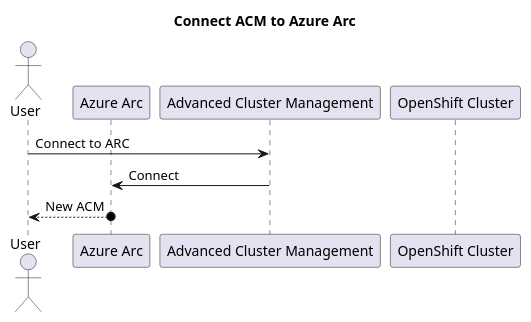
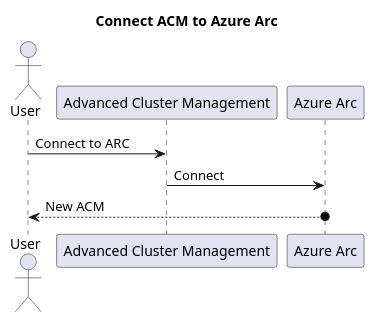
The first of 2 diagrams in summary.adoc (ygalblum/acm-azure-arc), drawn with PlantUML before and after one commit.

Commit message:
fix the first diagram

```diff
--- a/summary.adoc
+++ b/summary.adoc
@@ -13,14 +13,13 @@
-[plantuml, target=Connect, format=png]
+[plantuml, target=Connect, format=svg]
 ....
 @startuml
 actor User as User Order 1
-participant "Azure Arc" as ARC Order 2
-participant "Advanced Cluster Management" as ACM Order 3
-participant "OpenShift Cluster" as OCP Order 4
+participant "Azure Arc" as ARC Order 3
+participant "Advanced Cluster Management" as ACM Order 2
 
 title Connect ACM to Azure Arc
 
 User -> ACM: Connect to ARC
 ACM -> ARC: Connect
 User <--o ARC: New ACM
 ....
```
